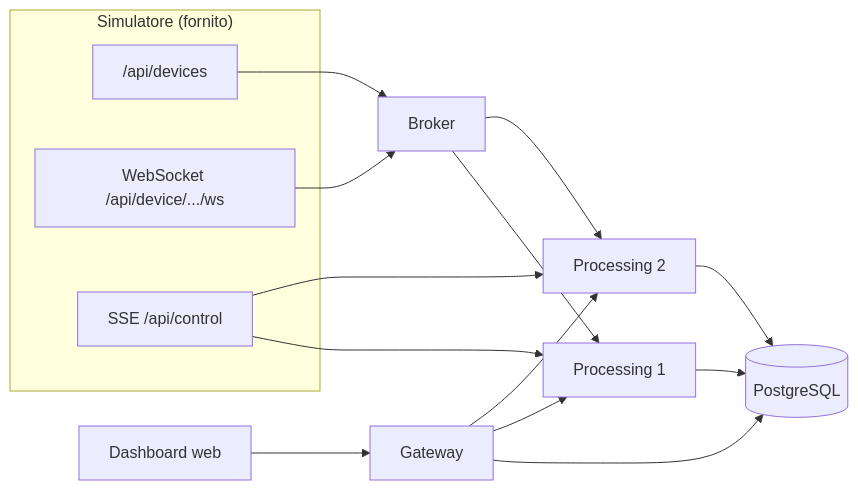
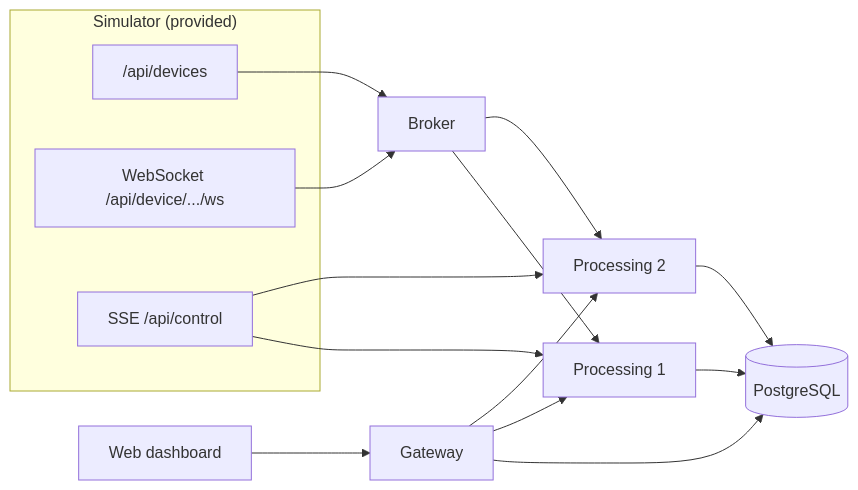
The diagram in booklets/architecture.md (Samuelecoccoletti/Project-42), drawn with Mermaid before and after one commit. The commit also changed other lines of this file and 14 other files, not shown here.

````diff
--- a/booklets/architecture.md
+++ b/booklets/architecture.md
@@ -5,28 +5,28 @@
 ```mermaid
 flowchart LR
-  subgraph Sim["Simulatore (fornito)"]
+  subgraph Sim["Simulator (provided)"]
     DEV["/api/devices"]
     WS["WebSocket /api/device/.../ws"]
     SSE["SSE /api/control"]
   end
 
   B[Broker]
   P1[Processing 1]
   P2[Processing 2]
   DB[(PostgreSQL)]
   G[Gateway]
-  W[Dashboard web]
+  W[Web dashboard]
 
   DEV --> B
   WS --> B
   B --> P1
   B --> P2
   SSE --> P1
   SSE --> P2
   P1 --> DB
   P2 --> DB
   G --> DB
   G --> P1
   G --> P2
   W --> G
 ```
````
